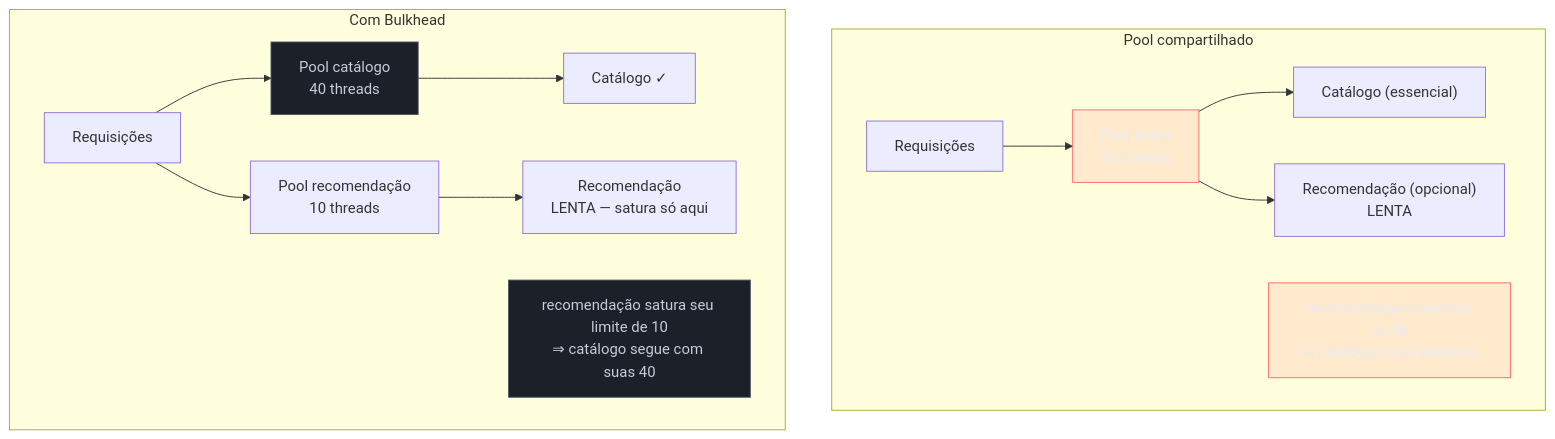
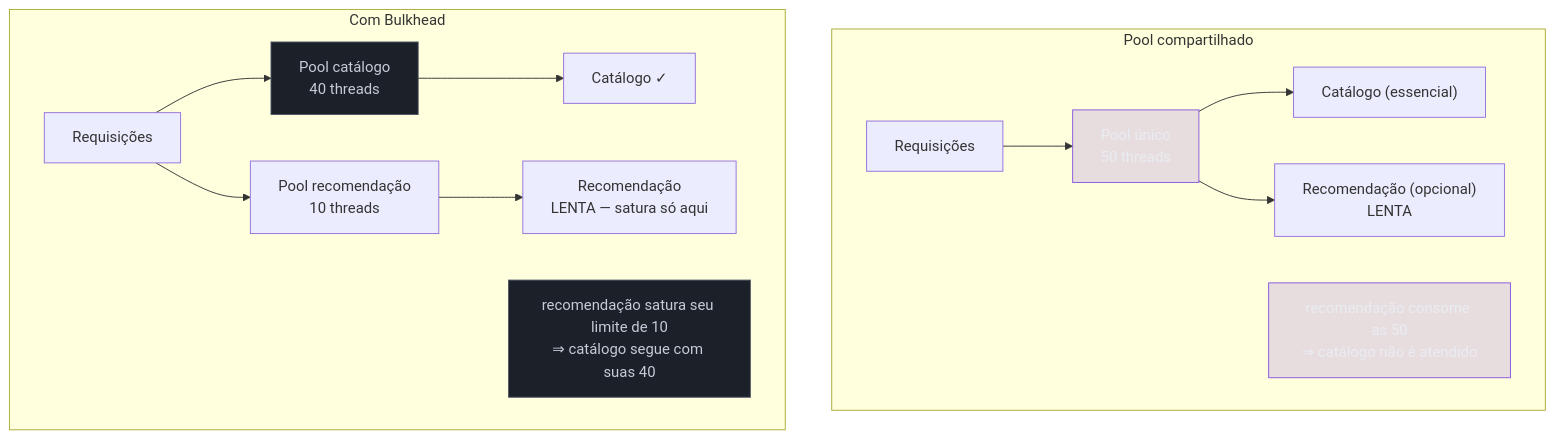
One commit to josenaldo/codex-technomanticus changed the diagram in 03-Dominios/Engenharia/Design de Software/Padrões de Projeto/Nuvem e Resiliência/05 - Bulkhead.md. Above: the diagram before and after it, drawn with Mermaid. The commit also changed 601 other files, not shown here.

````diff
--- a/03-Dominios/Engenharia/Design de Software/Padrões de Projeto/Nuvem e Resiliência/05 - Bulkhead.md
+++ b/03-Dominios/Engenharia/Design de Software/Padrões de Projeto/Nuvem e Resiliência/05 - Bulkhead.md
@@ -43,24 +43,24 @@
 ```mermaid
 graph TD
-    classDef falha fill:#FF6B6B24,stroke:#FF6B6B,color:#E9ECF2
+    classDef marca fill:#8855DF33,stroke:#8855DF,color:#E9ECF2
     classDef neutro fill:#1B2029,stroke:#4E5666,color:#C6CCD8
     subgraph S["Pool compartilhado"]
         R1["Requisições"] --> P1["Pool único<br/>50 threads"]
         P1 --> D1["Catálogo (essencial)"]
         P1 --> D2["Recomendação (opcional)<br/>LENTA"]
         N1["recomendação consome as 50<br/>⇒ catálogo não é atendido"]
     end
 
     subgraph B["Com Bulkhead"]
         R2["Requisições"] --> P2["Pool catálogo<br/>40 threads"]
         R2 --> P3["Pool recomendação<br/>10 threads"]
         P2 --> D3["Catálogo ✓"]
         P3 --> D4["Recomendação<br/>LENTA — satura só aqui"]
         N2["recomendação satura seu limite de 10<br/>⇒ catálogo segue com suas 40"]
     end
 
-    class N1 falha
-    class P1 falha
+    class N1 marca
+    class P1 marca
     class N2 neutro
     class P2 neutro
 ```
````
